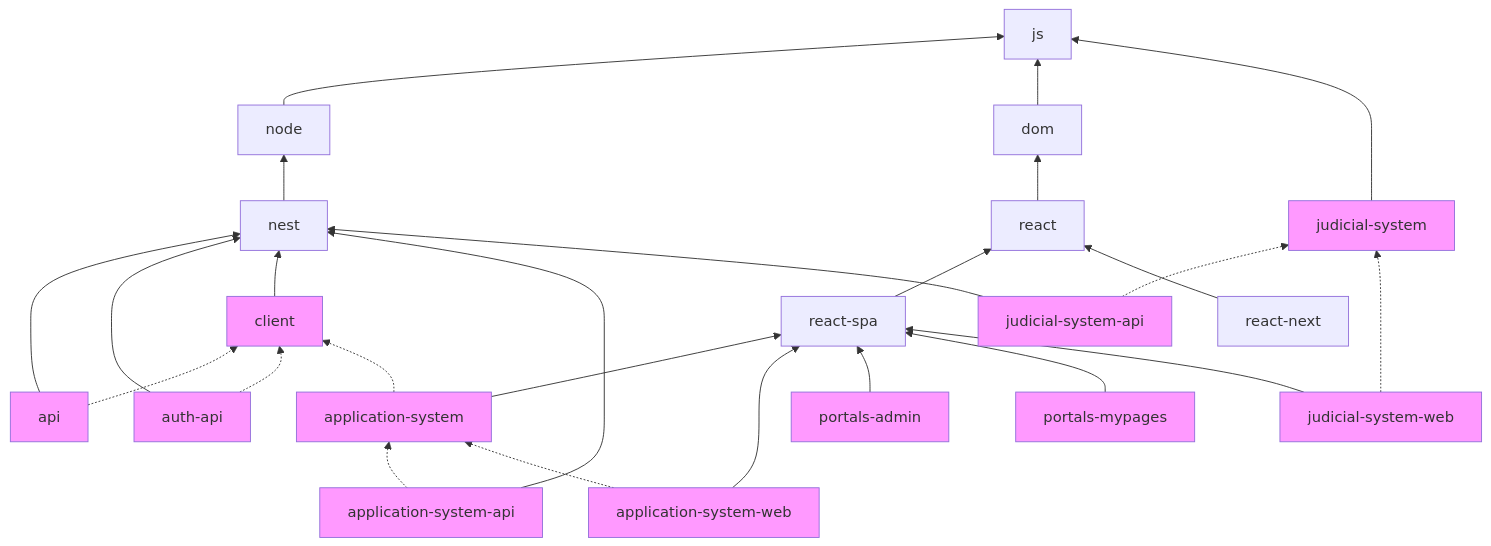
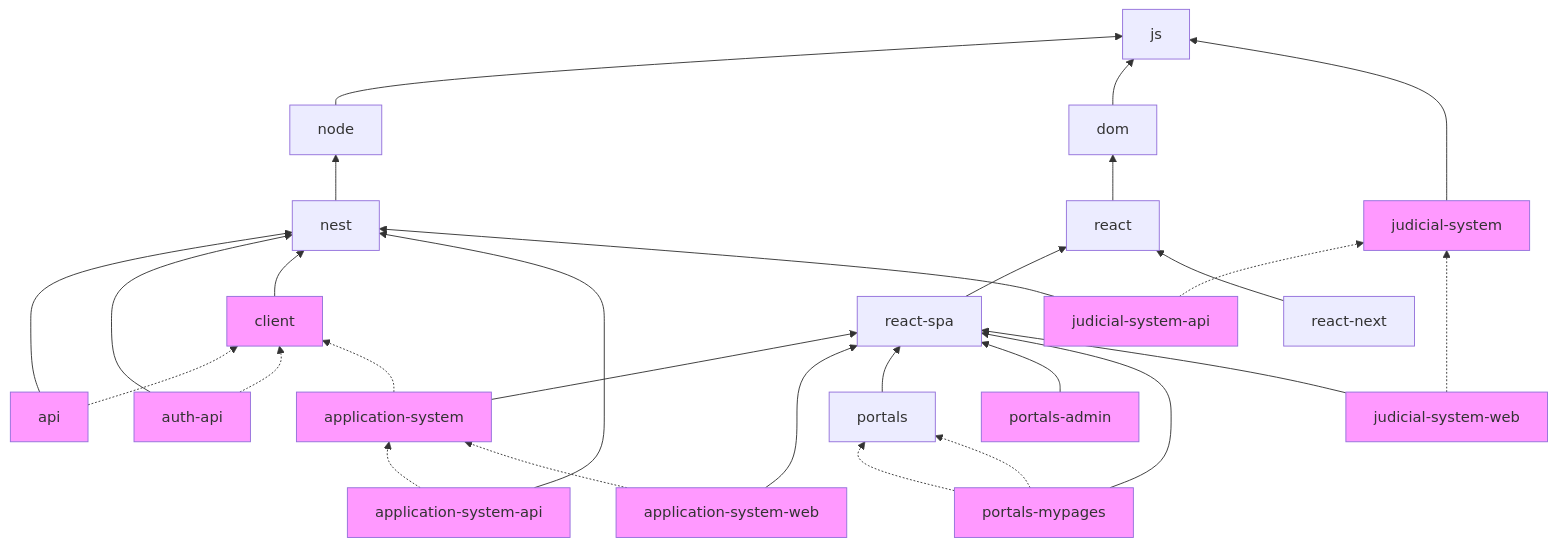
One commit to island-is/island.is changed the diagram in handbook/repository/nx-tags.md. Above: the diagram before and after it, drawn with Mermaid. The commit also changed other lines of this file and 21 other files, not shown here.

````diff
--- a/handbook/repository/nx-tags.md
+++ b/handbook/repository/nx-tags.md
@@ -50,22 +51,23 @@
 ```mermaid
   flowchart BT;
     %% Generic tags
     node & dom --> js
     react --> dom
     react-spa & react-next --> react
     nest --> node
 
     %% App tags
     judicial-system --> js
     api & auth-api & client & application-system-api & judicial-system-api --> nest
-    application-system & application-system-web & portals-admin & portals-mypages & judicial-system-web --> react-spa
+    application-system & application-system-web & portals & portals-admin & portals-mypages & judicial-system-web --> react-spa
 
     classDef appTag fill:#f9f
     class api,auth-api,client,application-system,application-system-web,application-system-api,portals-admin,portals-mypages,judicial-system-api,judicial-system-web,judicial-system appTag
 
     %% Shallow dependencies
     api & auth-api -.-> client
     application-system -.-> client
     application-system-api & application-system-web -.-> application-system
     judicial-system-api & judicial-system-web -.-> judicial-system
+    portals-mypages & portals-mypages -.-> portals
 ```
````
